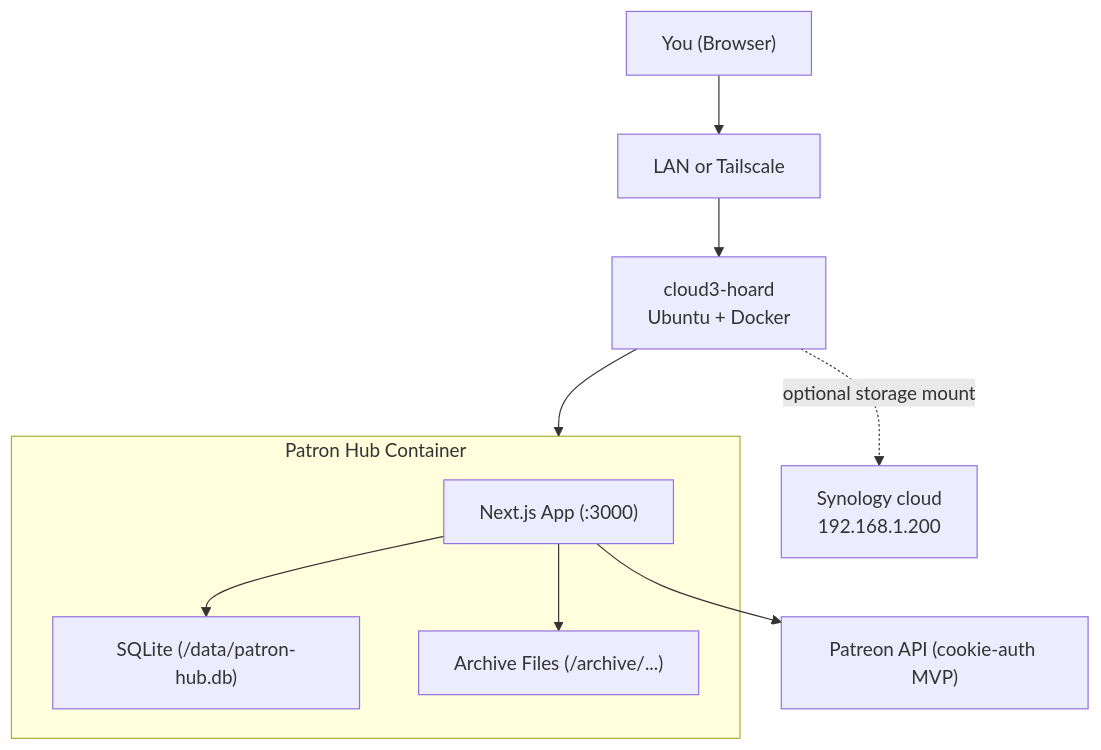
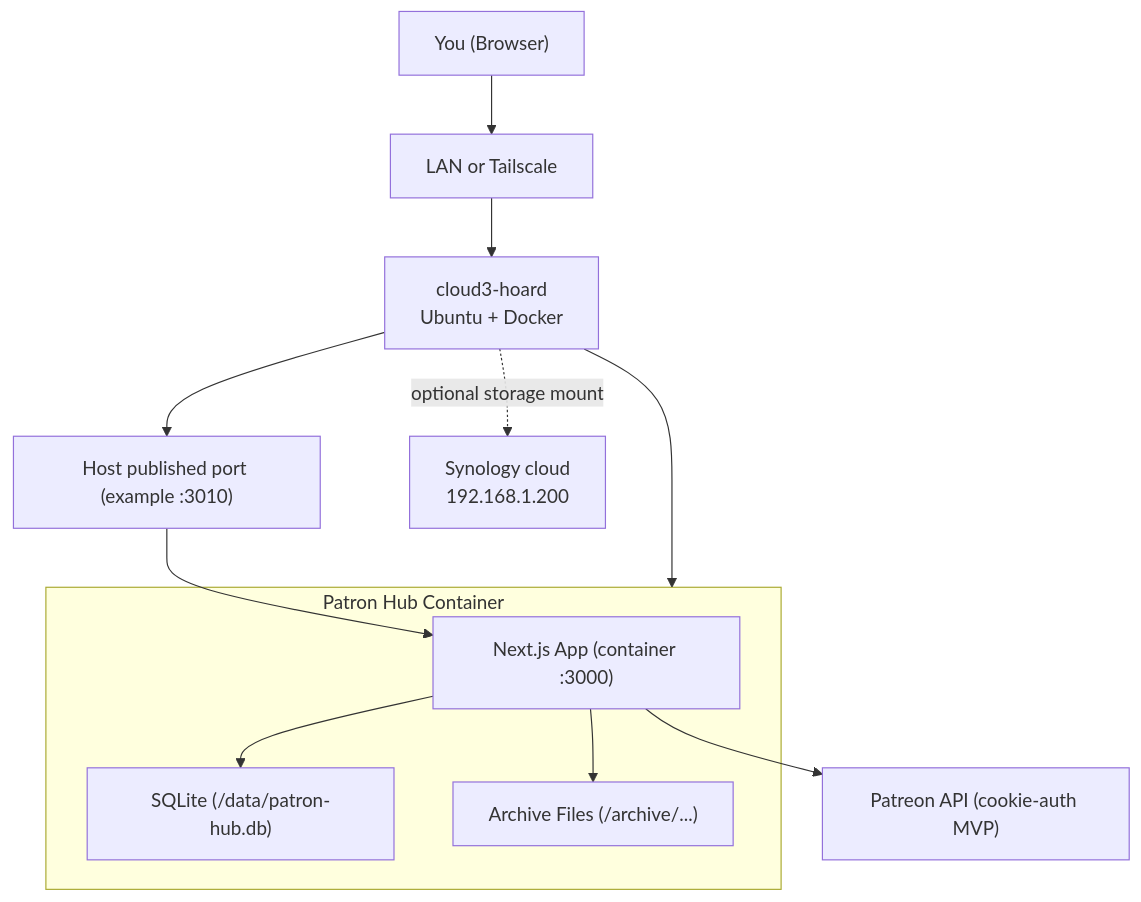
Before and after one commit to alexmgee/patron-hub: the diagram in HOMELAB_PATRON_HUB_GUIDE.md, drawn with Mermaid. The commit also changed other lines of this file and 8 other files, not shown here.

````diff
--- a/HOMELAB_PATRON_HUB_GUIDE.md
+++ b/HOMELAB_PATRON_HUB_GUIDE.md
@@ -21,18 +21,20 @@
 ```mermaid
 graph TD
     User["You (Browser)"] --> LAN["LAN or Tailscale"]
     LAN --> Server["cloud3-hoard<br/>Ubuntu + Docker"]
 
     subgraph PatronHub["Patron Hub Container"]
-      App["Next.js App (:3000)"]
+      App["Next.js App (container :3000)"]
       DB["SQLite (/data/patron-hub.db)"]
       Archive["Archive Files (/archive/...)"]
       App --> DB
       App --> Archive
     end
 
     Server --> PatronHub
+    Server --> HostPort["Host published port (example :3010)"]
+    HostPort --> App
     App --> Patreon["Patreon API (cookie-auth MVP)"]
 
     Server -. optional storage mount .-> Synology["Synology cloud<br/>192.168.1.200"]
 ```
````
